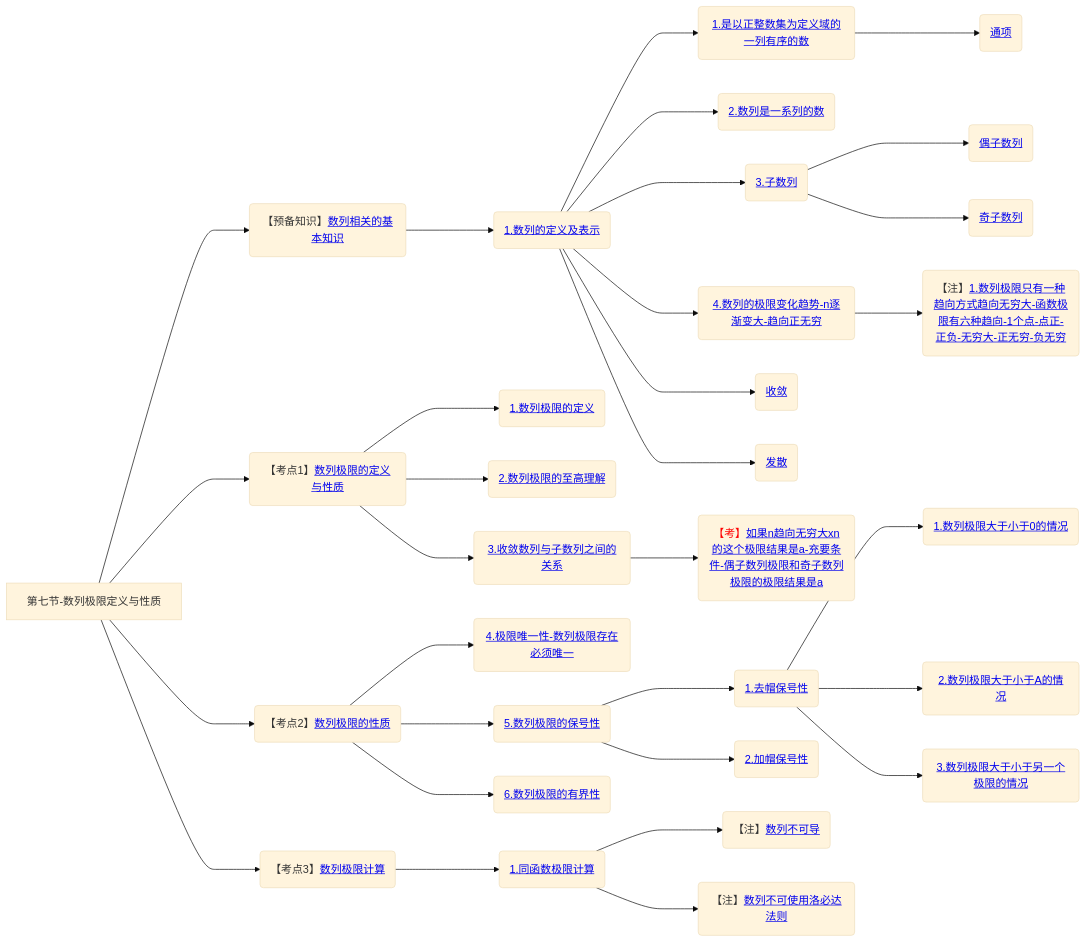
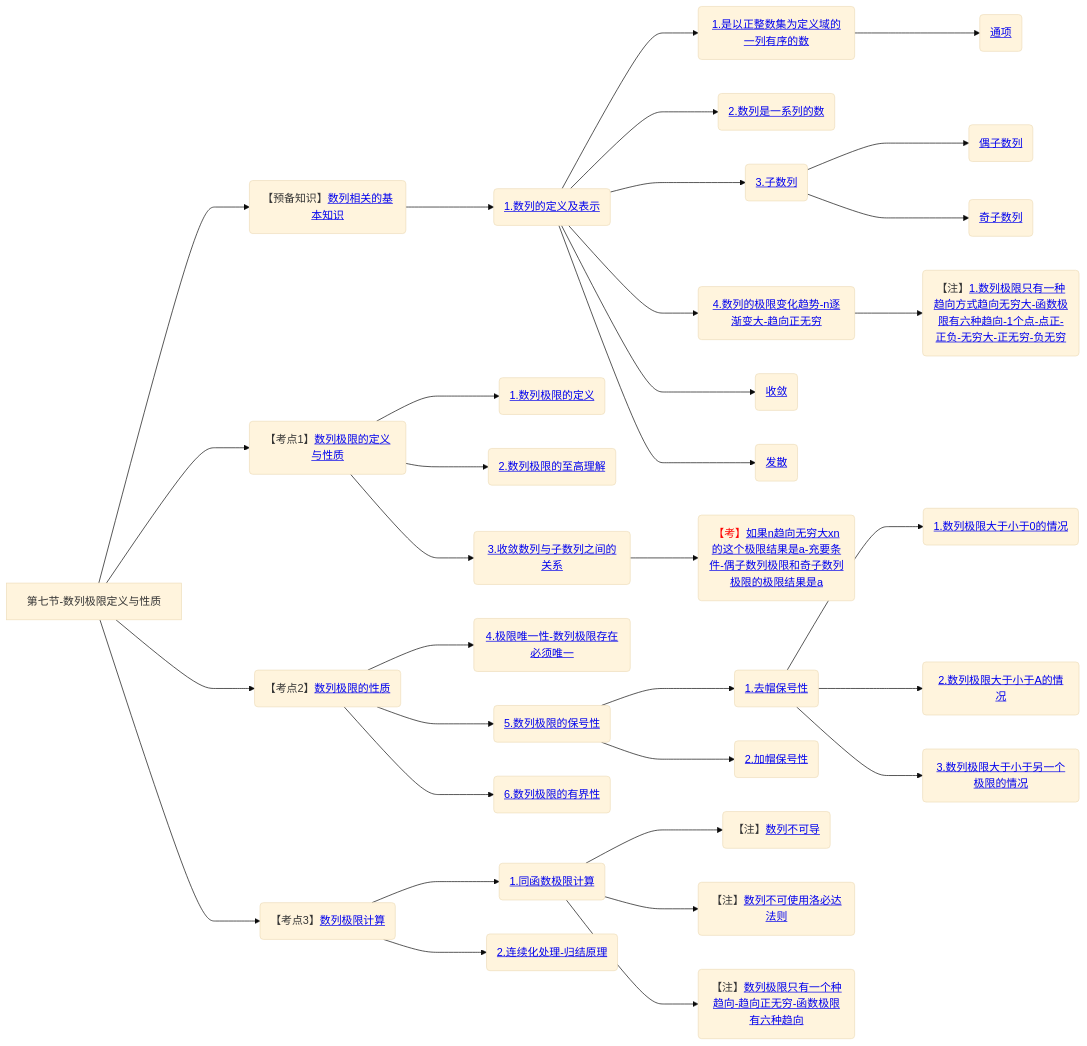
One commit to yuebinghui/note changed the seventh of 7 diagrams in 笔记/数学/周洋鑫/01.基础班思维导图.md. Above: the diagram before and after it, drawn with Mermaid (base theme). The commit also changed 8 other files, not shown here.

````diff
--- a/笔记/数学/周洋鑫/01.基础班思维导图.md
+++ b/笔记/数学/周洋鑫/01.基础班思维导图.md
@@ -255,44 +255,47 @@
 ```mermaid
 graph LR
 第七节-数列极限定义与性质
 
 第七节-数列极限定义与性质--->数列相关的基本知识(【预备知识】<a href="/Users/yuebinghui/Documents/program/github/note/笔记/数学/周洋鑫/基础班/07.数列极限定义与性质.md#数列相关的基本知识">数列相关的基本知识</>)
 数列相关的基本知识--->1.数列的定义及表示(<a href="/Users/yuebinghui/Documents/program/github/note/笔记/数学/周洋鑫/基础班/07.数列极限定义与性质.md#1.数列的定义及表示">1.数列的定义及表示</>)
 1.数列的定义及表示--->1.是以正整数集为定义域的一列有序的数(<a href="/Users/yuebinghui/Documents/program/github/note/笔记/数学/周洋鑫/基础班/07.数列极限定义与性质.md#1.是以正整数集为定义域的一列有序的数">1.是以正整数集为定义域的一列有序的数</>)
 1.是以正整数集为定义域的一列有序的数--->通项(<a href="/Users/yuebinghui/Documents/program/github/note/笔记/数学/周洋鑫/基础班/07.数列极限定义与性质.md#通项">通项</>)
 
 1.数列的定义及表示--->2.数列是一系列的数(<a href="/Users/yuebinghui/Documents/program/github/note/笔记/数学/周洋鑫/基础班/07.数列极限定义与性质.md#2.数列是一系列的数">2.数列是一系列的数</>)
 
 1.数列的定义及表示--->3.子数列(<a href="/Users/yuebinghui/Documents/program/github/note/笔记/数学/周洋鑫/基础班/07.数列极限定义与性质.md#3.子数列">3.子数列</>)
 3.子数列--->偶子数列(<a href="/Users/yuebinghui/Documents/program/github/note/笔记/数学/周洋鑫/基础班/07.数列极限定义与性质.md#偶子数列">偶子数列</>)
 3.子数列--->奇子数列(<a href="/Users/yuebinghui/Documents/program/github/note/笔记/数学/周洋鑫/基础班/07.数列极限定义与性质.md#奇子数列">奇子数列</>)
 
 1.数列的定义及表示--->4.数列的极限变化趋势-n逐渐变大-趋向正无穷(<a href="/Users/yuebinghui/Documents/program/github/note/笔记/数学/周洋鑫/基础班/07.数列极限定义与性质.md#4.数列的极限变化趋势-n逐渐变大-趋向正无穷">4.数列的极限变化趋势-n逐渐变大-趋向正无穷</>)
 4.数列的极限变化趋势-n逐渐变大-趋向正无穷--->1.数列极限只有一种趋向方式趋向无穷大-函数极限有六种趋向-1个点-点正-正负-无穷大-正无穷-负无穷(【注】<a href="/Users/yuebinghui/Documents/program/github/note/笔记/数学/周洋鑫/基础班/07.数列极限定义与性质.md#1.数列极限只有一种趋向方式趋向无穷大-函数极限有六种趋向-1个点-点正-正负-无穷大-正无穷-负无穷">1.数列极限只有一种趋向方式趋向无穷大-函数极限有六种趋向-1个点-点正-正负-无穷大-正无穷-负无穷</>)
 1.数列的定义及表示--->收敛(<a href="/Users/yuebinghui/Documents/program/github/note/笔记/数学/周洋鑫/基础班/07.数列极限定义与性质.md#收敛">收敛</>)
 1.数列的定义及表示--->发散(<a href="/Users/yuebinghui/Documents/program/github/note/笔记/数学/周洋鑫/基础班/07.数列极限定义与性质.md#发散">发散</>)
 
 
 第七节-数列极限定义与性质--->数列极限的定义与性质(【考点1】<a href="/Users/yuebinghui/Documents/program/github/note/笔记/数学/周洋鑫/基础班/07.数列极限定义与性质.md#数列极限的定义与性质">数列极限的定义与性质</>)
 数列极限的定义与性质--->1.数列极限的定义(<a href="/Users/yuebinghui/Documents/program/github/note/笔记/数学/周洋鑫/基础班/07.数列极限定义与性质.md#1.数列极限的定义">1.数列极限的定义</>)
 数列极限的定义与性质--->2.数列极限的至高理解(<a href="/Users/yuebinghui/Documents/program/github/note/笔记/数学/周洋鑫/基础班/07.数列极限定义与性质.md#2.数列极限的至高理解">2.数列极限的至高理解</>)
 数列极限的定义与性质--->3.收敛数列与子数列之间的关系(<a href="/Users/yuebinghui/Documents/program/github/note/笔记/数学/周洋鑫/基础班/07.数列极限定义与性质.md#3.收敛数列与子数列之间的关系">3.收敛数列与子数列之间的关系</>)
 3.收敛数列与子数列之间的关系--->如果n趋向无穷大xn的这个极限结果是a-充要条件-偶子数列极限和奇子数列极限的极限结果是a(<span style="color:red">【考】</span><a href="/Users/yuebinghui/Documents/program/github/note/笔记/数学/周洋鑫/基础班/07.数列极限定义与性质.md#如果n趋向无穷大xn的这个极限结果是a-充要条件-偶子数列极限和奇子数列极限的极限结果是a">如果n趋向无穷大xn的这个极限结果是a-充要条件-偶子数列极限和奇子数列极限的极限结果是a</>)
 
 第七节-数列极限定义与性质--->数列极限的性质(【考点2】<a href="/Users/yuebinghui/Documents/program/github/note/笔记/数学/周洋鑫/基础班/07.数列极限定义与性质.md#数列极限的性质">数列极限的性质</>)
 数列极限的性质--->4.极限唯一性-数列极限存在必须唯一(<a href="/Users/yuebinghui/Documents/program/github/note/笔记/数学/周洋鑫/基础班/07.数列极限定义与性质.md#4.极限唯一性-数列极限存在必须唯一">4.极限唯一性-数列极限存在必须唯一</>)
 数列极限的性质--->5.数列极限的保号性(<a href="/Users/yuebinghui/Documents/program/github/note/笔记/数学/周洋鑫/基础班/07.数列极限定义与性质.md#5.数列极限的保号性">5.数列极限的保号性</>)
 5.数列极限的保号性--->1.去帽保号性(<a href="/Users/yuebinghui/Documents/program/github/note/笔记/数学/周洋鑫/基础班/07.数列极限定义与性质.md#1.去帽保号性">1.去帽保号性</>)
 1.去帽保号性--->1.数列极限大于小于0的情况(<a href="/Users/yuebinghui/Documents/program/github/note/笔记/数学/周洋鑫/基础班/07.数列极限定义与性质.md#1.数列极限大于小于0的情况">1.数列极限大于小于0的情况</>)
 1.去帽保号性--->2.数列极限大于小于A的情况(<a href="/Users/yuebinghui/Documents/program/github/note/笔记/数学/周洋鑫/基础班/07.数列极限定义与性质.md#2.数列极限大于小于A的情况">2.数列极限大于小于A的情况</>)
 1.去帽保号性--->3.数列极限大于小于另一个极限的情况(<a href="/Users/yuebinghui/Documents/program/github/note/笔记/数学/周洋鑫/基础班/07.数列极限定义与性质.md#3.数列极限大于小于另一个极限的情况">3.数列极限大于小于另一个极限的情况</>)
 5.数列极限的保号性--->2.加帽保号性(<a href="/Users/yuebinghui/Documents/program/github/note/笔记/数学/周洋鑫/基础班/07.数列极限定义与性质.md#2.加帽保号性">2.加帽保号性</>)
 数列极限的性质--->6.数列极限的有界性(<a href="/Users/yuebinghui/Documents/program/github/note/笔记/数学/周洋鑫/基础班/07.数列极限定义与性质.md#6.数列极限的有界性">6.数列极限的有界性</>)
 
 第七节-数列极限定义与性质--->数列极限计算(【考点3】<a href="/Users/yuebinghui/Documents/program/github/note/笔记/数学/周洋鑫/基础班/07.数列极限定义与性质.md#数列极限计算">数列极限计算</>)
 数列极限计算--->1.同函数极限计算(<a href="/Users/yuebinghui/Documents/program/github/note/笔记/数学/周洋鑫/基础班/07.数列极限定义与性质.md#1.同函数极限计算">1.同函数极限计算</>)
 1.同函数极限计算--->数列不可导(【注】<a href="/Users/yuebinghui/Documents/program/github/note/笔记/数学/周洋鑫/基础班/07.数列极限定义与性质.md#数列不可导">数列不可导</>)
 1.同函数极限计算--->数列不可使用洛必达法则(【注】<a href="/Users/yuebinghui/Documents/program/github/note/笔记/数学/周洋鑫/基础班/07.数列极限定义与性质.md#数列不可使用洛必达法则">数列不可使用洛必达法则</>)
+1.同函数极限计算--->数列极限只有一个种趋向-趋向正无穷-函数极限有六种趋向(【注】<a href="/Users/yuebinghui/Documents/program/github/note/笔记/数学/周洋鑫/基础班/07.数列极限定义与性质.md#数列极限只有一个种趋向-趋向正无穷-函数极限有六种趋向">数列极限只有一个种趋向-趋向正无穷-函数极限有六种趋向</>)
+
+数列极限计算--->2.连续化处理-归结原理(<a href="/Users/yuebinghui/Documents/program/github/note/笔记/数学/周洋鑫/基础班/07.数列极限定义与性质.md#2.连续化处理-归结原理">2.连续化处理-归结原理</>)
 
 
 ```
````
